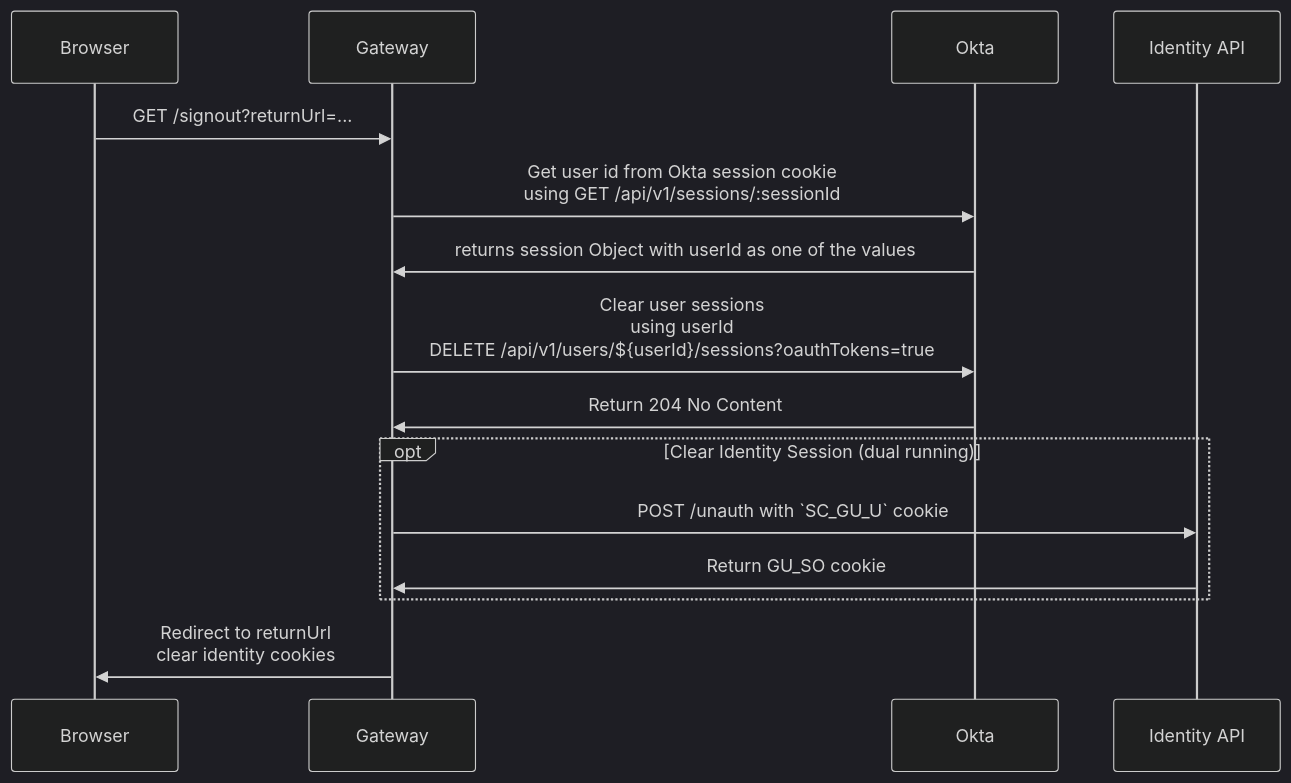
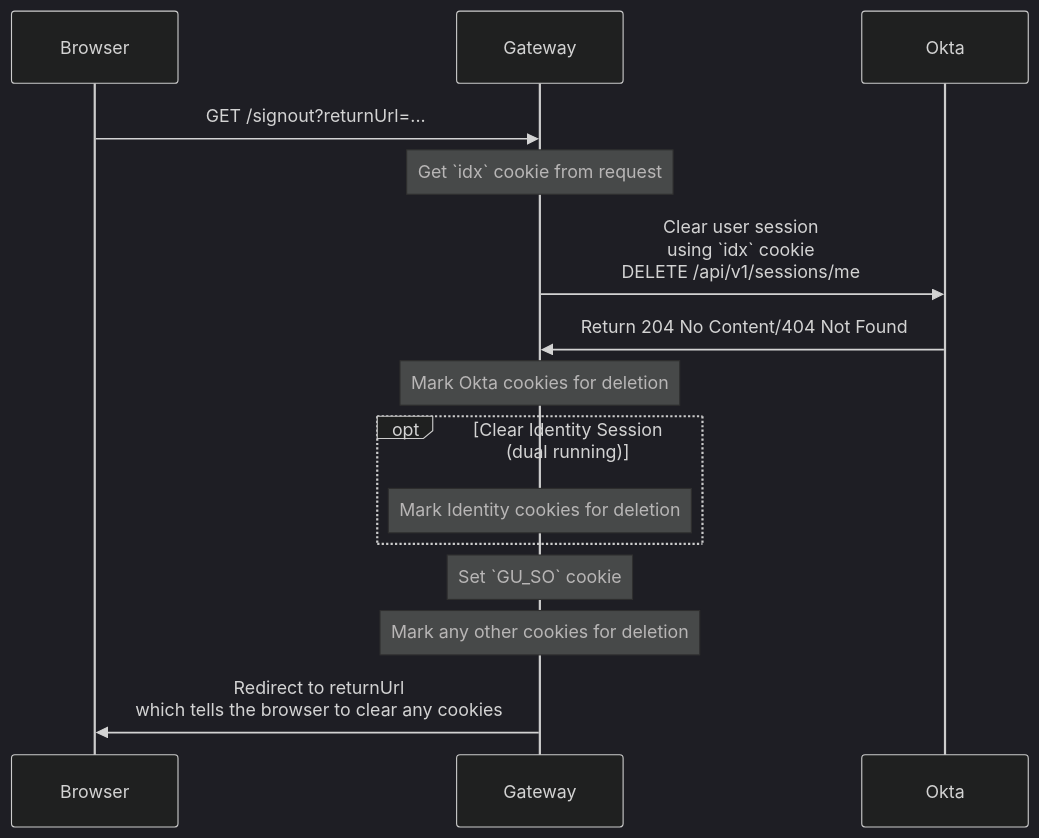
One commit to guardian/gateway changed the first of 2 diagrams in docs/okta/signout.md. Above: the diagram before and after it, drawn with Mermaid (dark theme). The commit also changed other lines of this file, not shown here.

````diff
--- a/docs/okta/signout.md
+++ b/docs/okta/signout.md
@@ -27,17 +25,17 @@
 ```mermaid
 sequenceDiagram
   participant Browser
   participant Gateway
   participant Okta
-  participant Identity API
   Browser->>Gateway: GET /signout?returnUrl=...
-  Gateway->>Okta: Get user id from Okta session cookie <br/> using GET /api/v1/sessions/:sessionId
-  Okta->>Gateway: returns session Object with userId as one of the values
-  Gateway->>Okta: Clear user sessions<br/>using userId<br/>DELETE /api/v1/users/${userId}/sessions?oauthTokens=true
-  Okta->>Gateway: Return 204 No Content
+  note over Gateway: Get `idx` cookie from request
+  Gateway->>Okta: Clear user session<br/>using `idx` cookie<br/>DELETE /api/v1/sessions/me
+  Okta->>Gateway: Return 204 No Content/404 Not Found
+  note over Gateway: Mark Okta cookies for deletion
   opt Clear Identity Session (dual running)
-    Gateway->>Identity API: POST /unauth with `SC_GU_U` cookie
-    Identity API->>Gateway: Return GU_SO cookie
+    note over Gateway: Mark Identity cookies for deletion
   end
-  Gateway->>Browser: Redirect to returnUrl<br/>clear identity cookies
+  note over Gateway: Set `GU_SO` cookie
+  note over Gateway: Mark any other cookies for deletion
+  Gateway->>Browser: Redirect to returnUrl<br/>which tells the browser to clear any cookies
 ```
````
